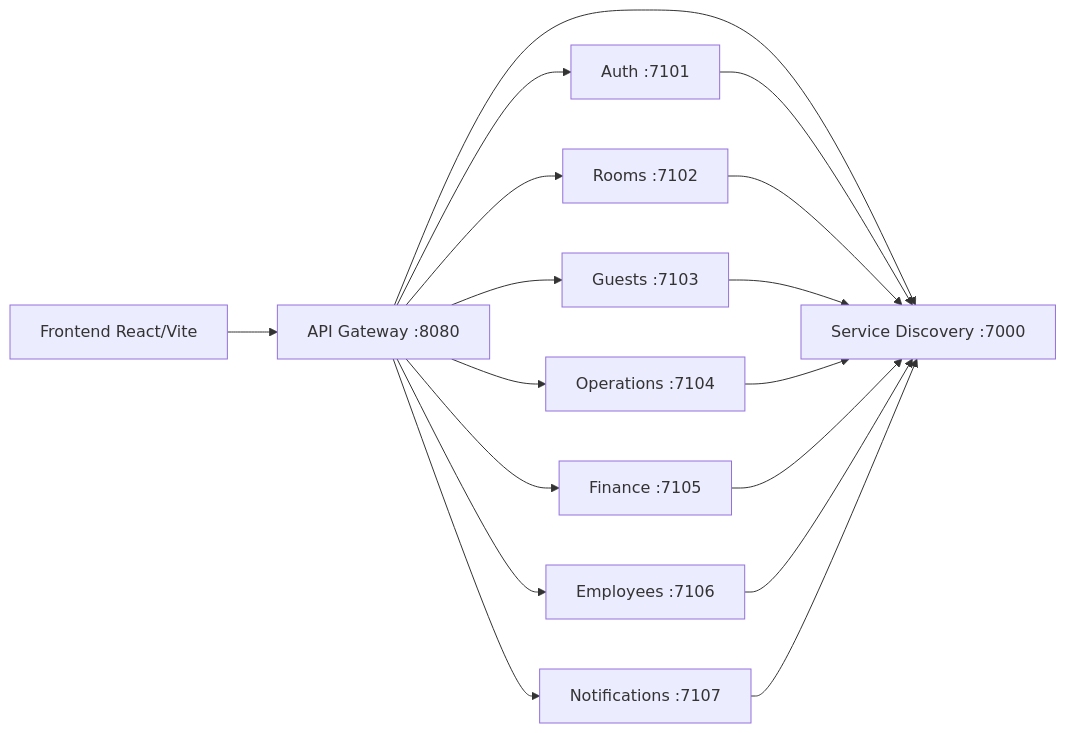
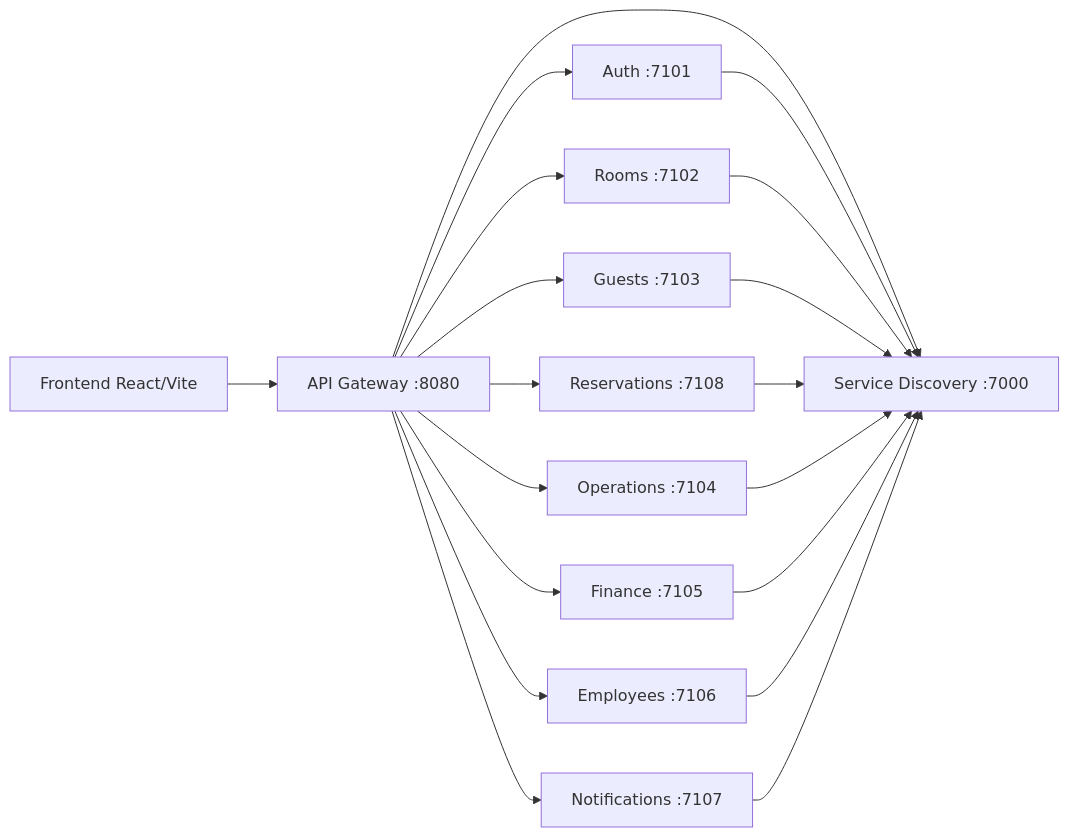
Before and after one commit to carojas1/backend_wildincas: the diagram in docs/architecture.md, drawn with Mermaid. The commit also changed other lines of this file and 18 other files, not shown here.

````diff
--- a/docs/architecture.md
+++ b/docs/architecture.md
@@ -31,19 +33,21 @@
 ```mermaid
 flowchart LR
   Frontend["Frontend React/Vite"] --> Gateway["API Gateway :8080"]
   Gateway --> Discovery["Service Discovery :7000"]
   Auth["Auth :7101"] --> Discovery
   Rooms["Rooms :7102"] --> Discovery
   Guests["Guests :7103"] --> Discovery
+  Reservations["Reservations :7108"] --> Discovery
   Operations["Operations :7104"] --> Discovery
   Finance["Finance :7105"] --> Discovery
   Employees["Employees :7106"] --> Discovery
   Notifications["Notifications :7107"] --> Discovery
   Gateway --> Auth
   Gateway --> Rooms
   Gateway --> Guests
+  Gateway --> Reservations
   Gateway --> Operations
   Gateway --> Finance
   Gateway --> Employees
   Gateway --> Notifications
 ```
````
